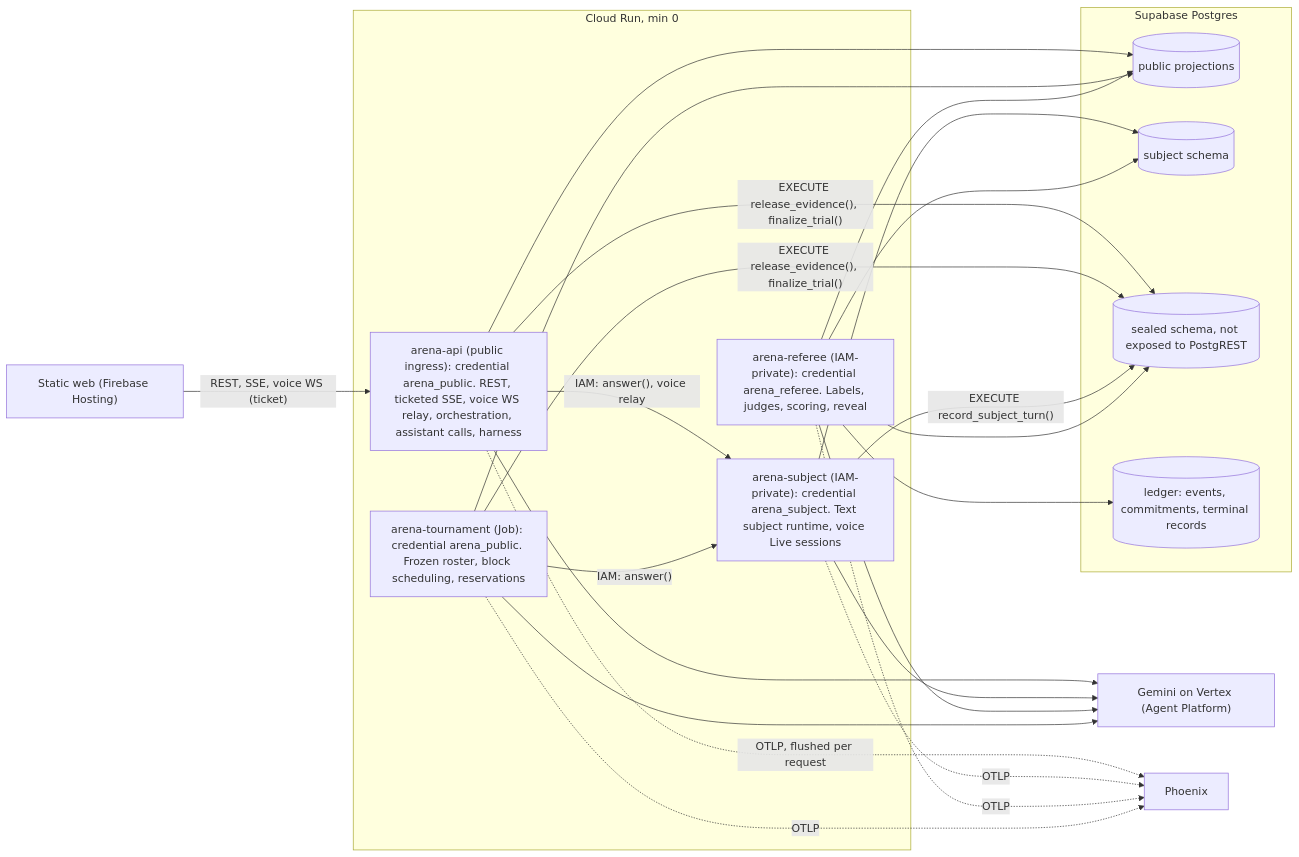
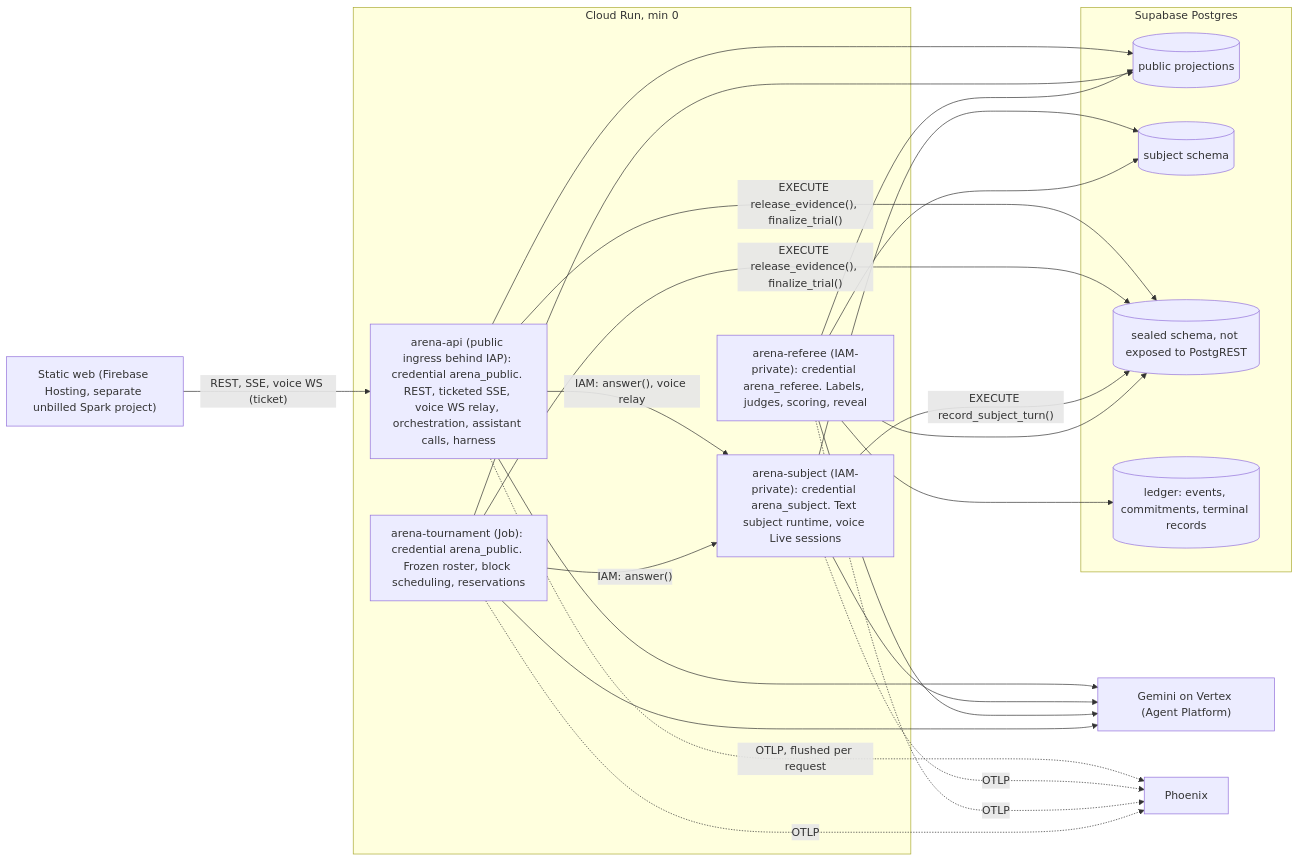
One commit to bbsatvik01/unissant_agentic_training_arena changed the diagram in docs/research/synthesis/02-direction.md. Above: the diagram before and after it, drawn with Mermaid. The commit also changed other lines of this file and 4 other files, not shown here.

````diff
--- a/docs/research/synthesis/02-direction.md
+++ b/docs/research/synthesis/02-direction.md
@@ -62,39 +62,39 @@
 ```mermaid
 flowchart LR
-  W["Static web (Firebase Hosting)"]
+  W["Static web (Firebase Hosting, separate unbilled Spark project)"]
   subgraph CR["Cloud Run, min 0"]
-    API["arena-api (public ingress): credential arena_public. REST, ticketed SSE, voice WS relay, orchestration, assistant calls, harness"]
+    API["arena-api (public ingress behind IAP): credential arena_public. REST, ticketed SSE, voice WS relay, orchestration, assistant calls, harness"]
     SUBJ["arena-subject (IAM-private): credential arena_subject. Text subject runtime, voice Live sessions"]
     REF["arena-referee (IAM-private): credential arena_referee. Labels, judges, scoring, reveal"]
     JOB["arena-tournament (Job): credential arena_public. Frozen roster, block scheduling, reservations"]
   end
   subgraph SB["Supabase Postgres"]
     PUB[("public projections")]
     PRIV[("subject schema")]
     SEAL[("sealed schema, not exposed to PostgREST")]
     LED[("ledger: events, commitments, terminal records")]
   end
   V["Gemini on Vertex (Agent Platform)"]
   PX["Phoenix"]
   W -- "REST, SSE, voice WS (ticket)" --> API
   API -- "IAM: answer(), voice relay" --> SUBJ
   JOB -- "IAM: answer()" --> SUBJ
   API -- "EXECUTE release_evidence(), finalize_trial()" --> SEAL
   JOB -- "EXECUTE release_evidence(), finalize_trial()" --> SEAL
   API --> PUB
   JOB --> PUB
   SUBJ -- "EXECUTE record_subject_turn()" --> SEAL
   SUBJ --> PRIV
   REF --> SEAL
   REF --> PRIV
   REF --> LED
   REF --> PUB
   API --> V
   SUBJ --> V
   REF --> V
   JOB --> V
   API -. "OTLP, flushed per request" .-> PX
   SUBJ -. OTLP .-> PX
   REF -. OTLP .-> PX
   JOB -. OTLP .-> PX
 ```
````
